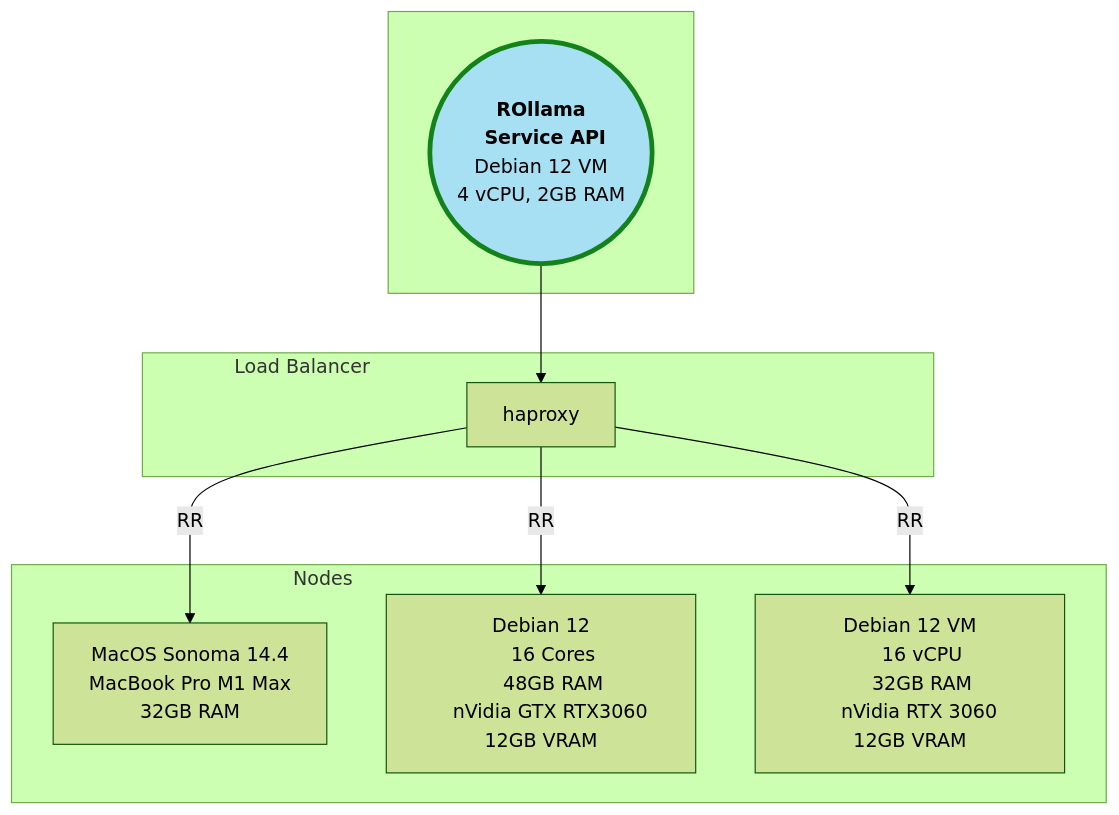
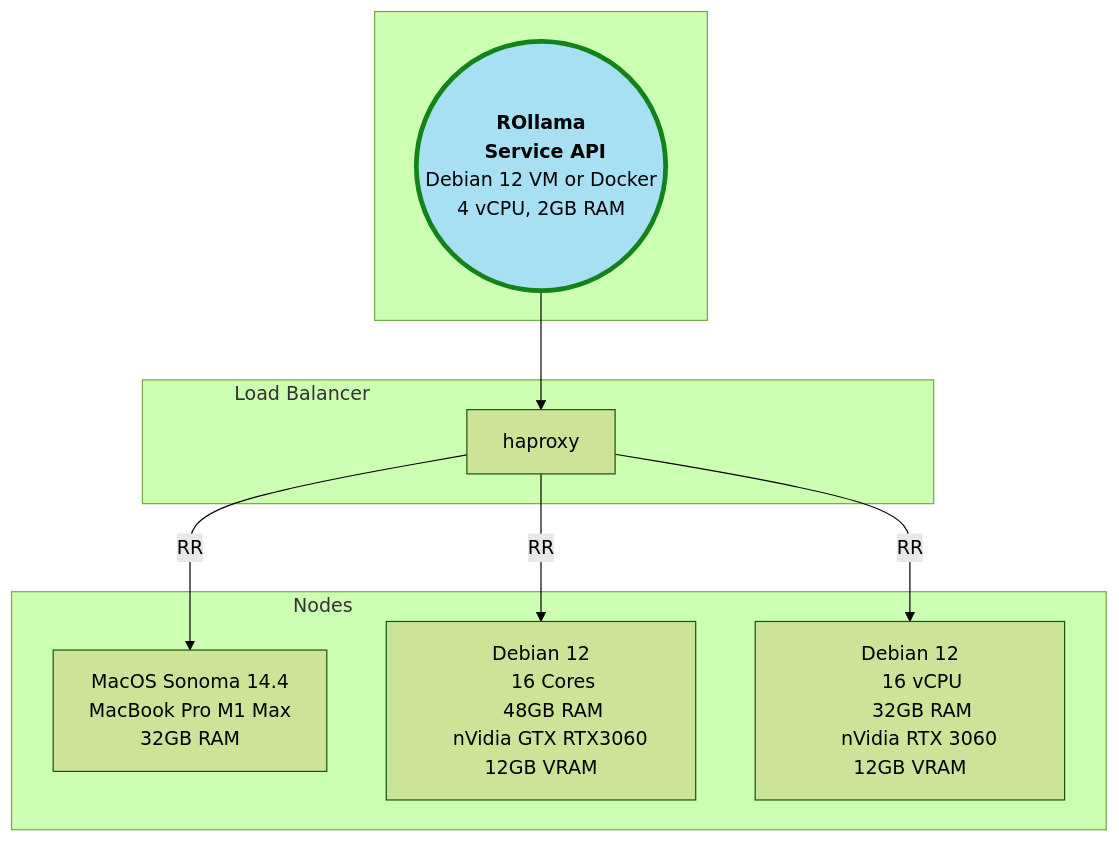
The second of 4 diagrams in README.md (ovaisq/LLM-RedditScraper), drawn with Mermaid before and after one commit.

Commit message:
ROllama is now Dockerized

````diff
--- a/README.md
+++ b/README.md
@@ -73,33 +73,33 @@
 ```mermaid
 %%{init: {'theme': 'forest'}}%%
 graph TD;
     style R fill:#a7e0f2,stroke:#13821a,stroke-width:4px
   subgraph ROllama[ ]
   R(("`**ROllama
     &nbsp&nbsp&nbsp&nbspService&nbspAPI**`"&nbsp&nbsp&nbsp
-    Debian 12 VM
+    Debian 12 VM or Docker
     &nbsp&nbsp&nbsp4 vCPU, 2GB RAM&nbsp&nbsp&nbsp ))
   end
   subgraph Load_Balancer["Load Balancer"&nbsp&nbsp&nbsp&nbsp&nbsp&nbsp&nbsp&nbsp&nbsp&nbsp&nbsp&nbsp&nbsp&nbsp&nbsp&nbsp&nbsp&nbsp&nbsp&nbsp&nbsp&nbsp&nbsp&nbsp&nbsp&nbsp&nbsp&nbsp&nbsp&nbsp&nbsp&nbsp&nbsp&nbsp&nbsp&nbsp&nbsp&nbsp&nbsp&nbsp&nbsp&nbsp&nbsp&nbsp&nbsp&nbsp&nbsp&nbsp&nbsp&nbsp&nbsp&nbsp&nbsp&nbsp&nbsp&nbsp&nbsp&nbsp&nbsp&nbsp&nbsp&nbsp&nbsp&nbsp&nbsp&nbsp&nbsp&nbsp&nbsp&nbsp&nbsp&nbsp&nbsp&nbsp&nbsp&nbsp&nbsp&nbsp]
     Nginx[haproxy]
   end
 
   subgraph Nodes["Nodes"&nbsp&nbsp&nbsp&nbsp&nbsp&nbsp&nbsp&nbsp&nbsp&nbsp&nbsp&nbsp&nbsp&nbsp&nbsp&nbsp&nbsp&nbsp&nbsp&nbsp&nbsp&nbsp&nbsp&nbsp&nbsp&nbsp&nbsp&nbsp&nbsp&nbsp&nbsp&nbsp&nbsp&nbsp&nbsp&nbsp&nbsp&nbsp&nbsp&nbsp&nbsp&nbsp&nbsp&nbsp&nbsp&nbsp&nbsp&nbsp&nbsp&nbsp&nbsp&nbsp&nbsp&nbsp&nbsp&nbsp&nbsp&nbsp&nbsp&nbsp&nbsp&nbsp&nbsp&nbsp&nbsp&nbsp&nbsp&nbsp&nbsp&nbsp&nbsp&nbsp&nbsp&nbsp&nbsp&nbsp&nbsp&nbsp]
     Node1[MacOS Sonoma 14.4
     MacBook Pro M1 Max
     32GB RAM]
     Node2[Debian 12
     16 Cores
     48GB RAM
     nVidia GTX RTX3060 12GB VRAM]
-    Node3[Debian 12 VM
+    Node3[Debian 12
     16 vCPU
     32GB RAM
     nVidia RTX 3060 12GB VRAM]
   end
 
   Nginx -- RR --> Node1
   Nginx -- RR --> Node2
   Nginx -- RR --> Node3
   R --> Nginx
 ```
````
